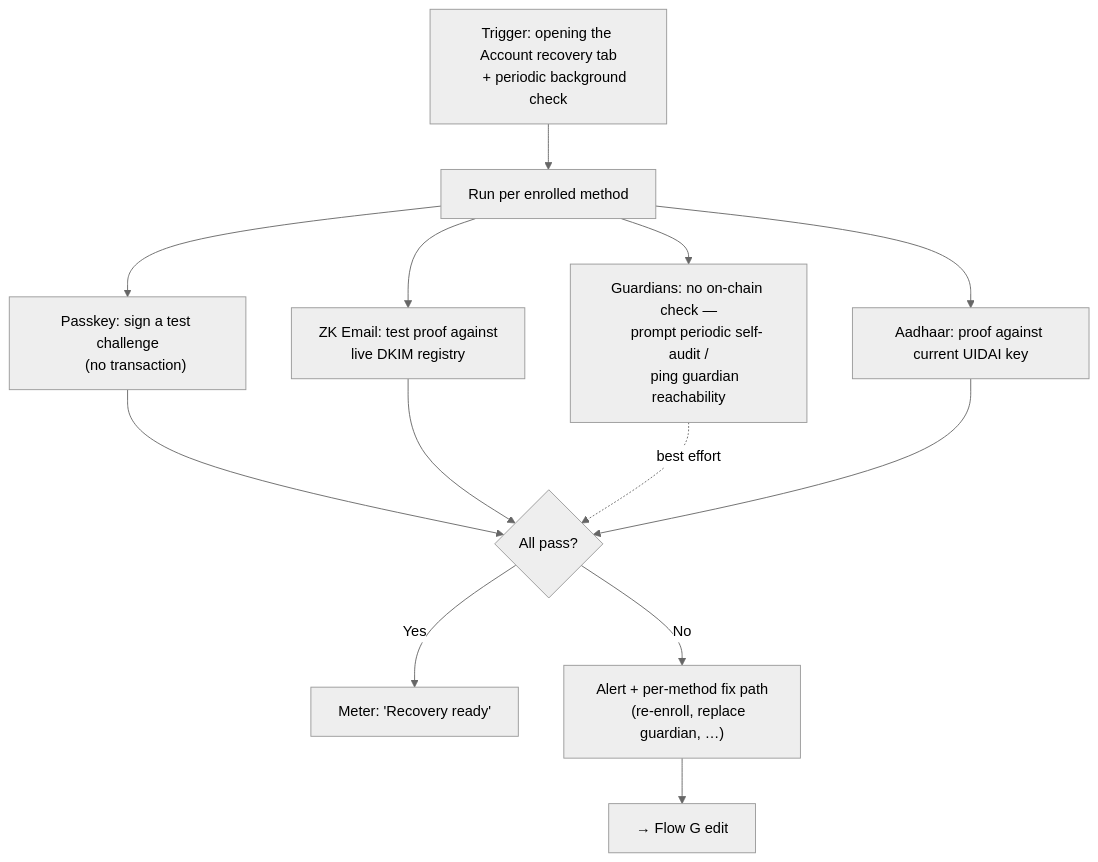
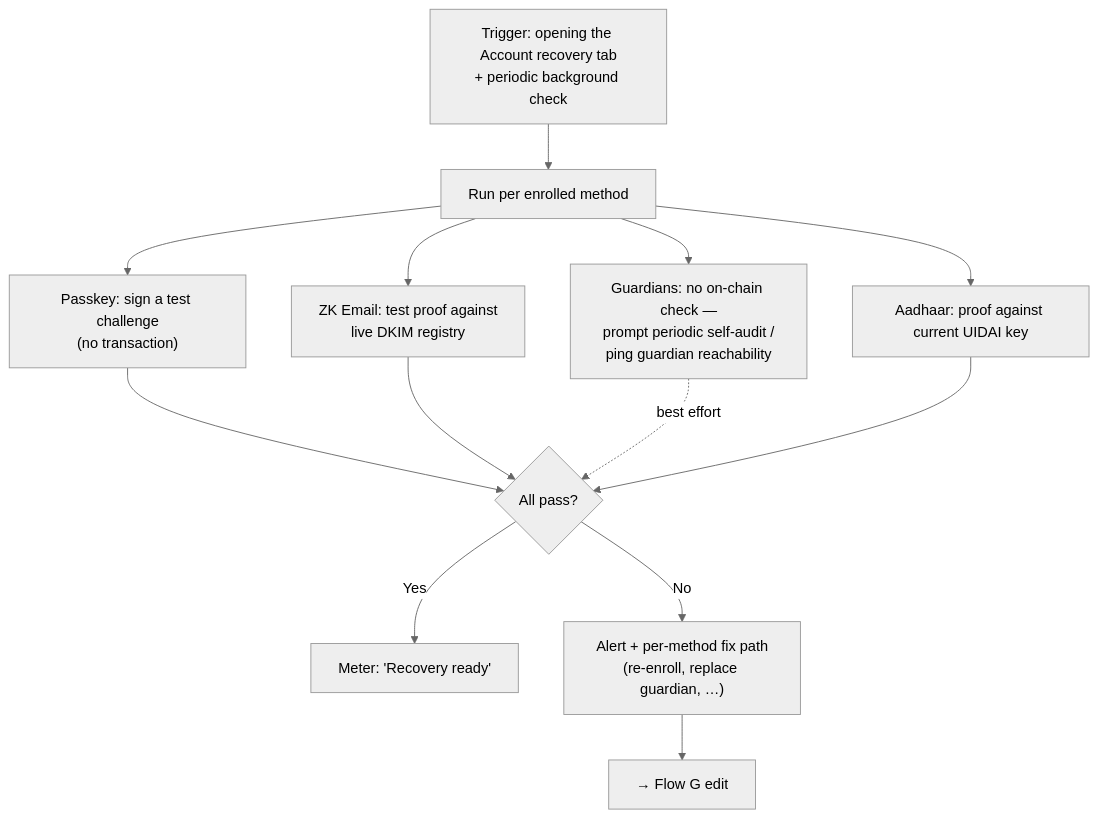
Before and after one commit to FiboAtWonder/kohaku-extension: the ninth of 10 diagrams in social-recovery-ux-flows.md, drawn with Mermaid (neutral theme). The commit also changed other lines of this file, not shown here.

First line of the commit message:
docs: single-line mermaid labels + cross-flow click links

````diff
--- a/social-recovery-ux-flows.md
+++ b/social-recovery-ux-flows.md
@@ -414,21 +353,17 @@
 ```mermaid
 flowchart TD
-    A["Trigger: opening the Account recovery tab
-    + periodic background check"] --> B[Run per enrolled method]
-    B --> C["Passkey: sign a test challenge
-    (no transaction)"]
-    B --> D["ZK Email: test proof against
-    live DKIM registry"]
-    B --> E["Guardians: no on-chain check —
-    prompt periodic self-audit /
-    ping guardian reachability"]
+    A["Trigger: opening the Account recovery tab<br/>+ periodic background check"] --> B[Run per enrolled method]
+    B --> C["Passkey: sign a test challenge<br/>(no transaction)"]
+    B --> D["ZK Email: test proof against<br/>live DKIM registry"]
+    B --> E["Guardians: no on-chain check —<br/>prompt periodic self-audit /<br/>ping guardian reachability"]
     B --> F["Aadhaar: proof against current UIDAI key"]
     C --> G{"All pass?"}
     D --> G
     E -. best effort .-> G
     F --> G
     G -- Yes --> H["Meter: 'Recovery ready'"]
-    G -- No --> I["Alert + per-method fix path
-    (re-enroll, replace guardian, …)"]
+    G -- No --> I["Alert + per-method fix path<br/>(re-enroll, replace guardian, …)"]
     I --> J[→ Flow G edit]
+
+    click J href "#flow-g--recovery-paths--method-management"
 ```
````
